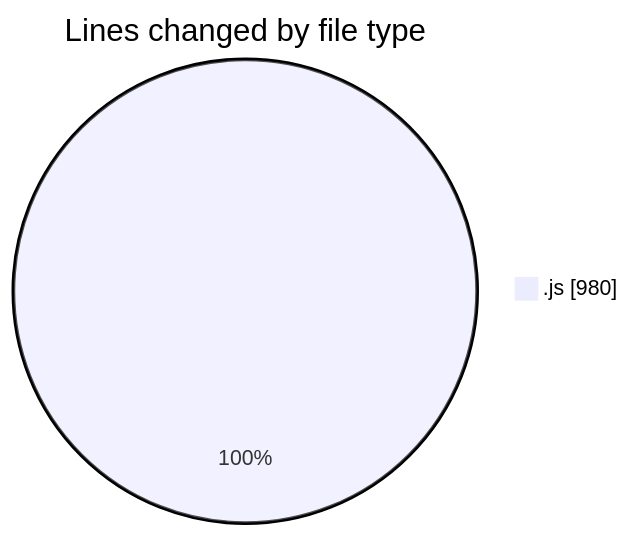
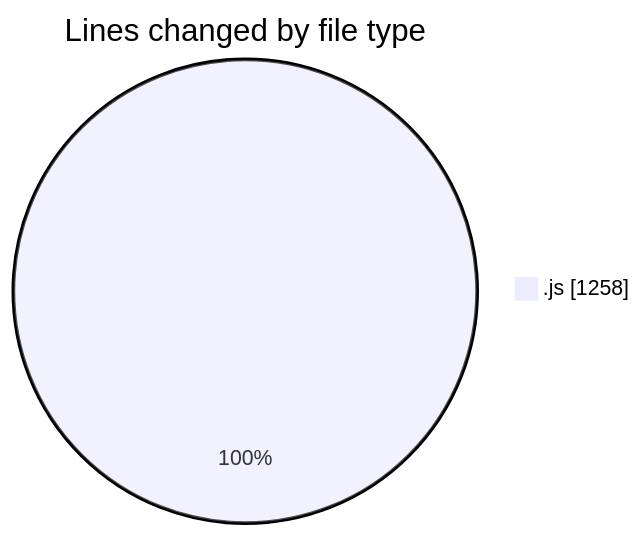
The first of 2 diagrams in 2026-02-20/bot_i_a/README.md (becaeroporto-bot/code-tracking), drawn with Mermaid before and after one commit. The commit also changed other lines of this file and 1 other file, not shown here.

````diff
--- a/2026-02-20/bot_i_a/README.md
+++ b/2026-02-20/bot_i_a/README.md
@@ -29,5 +30,5 @@
 ```mermaid
 pie showData
 title Lines changed by file type
-".js" : 980
+".js" : 1258
 ```
````
